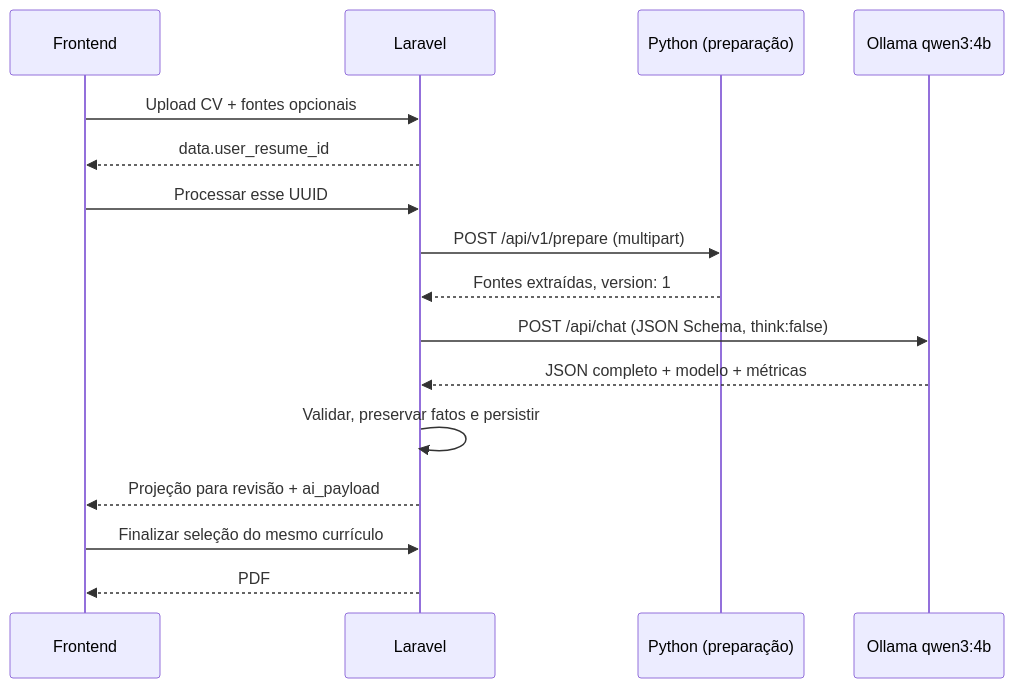
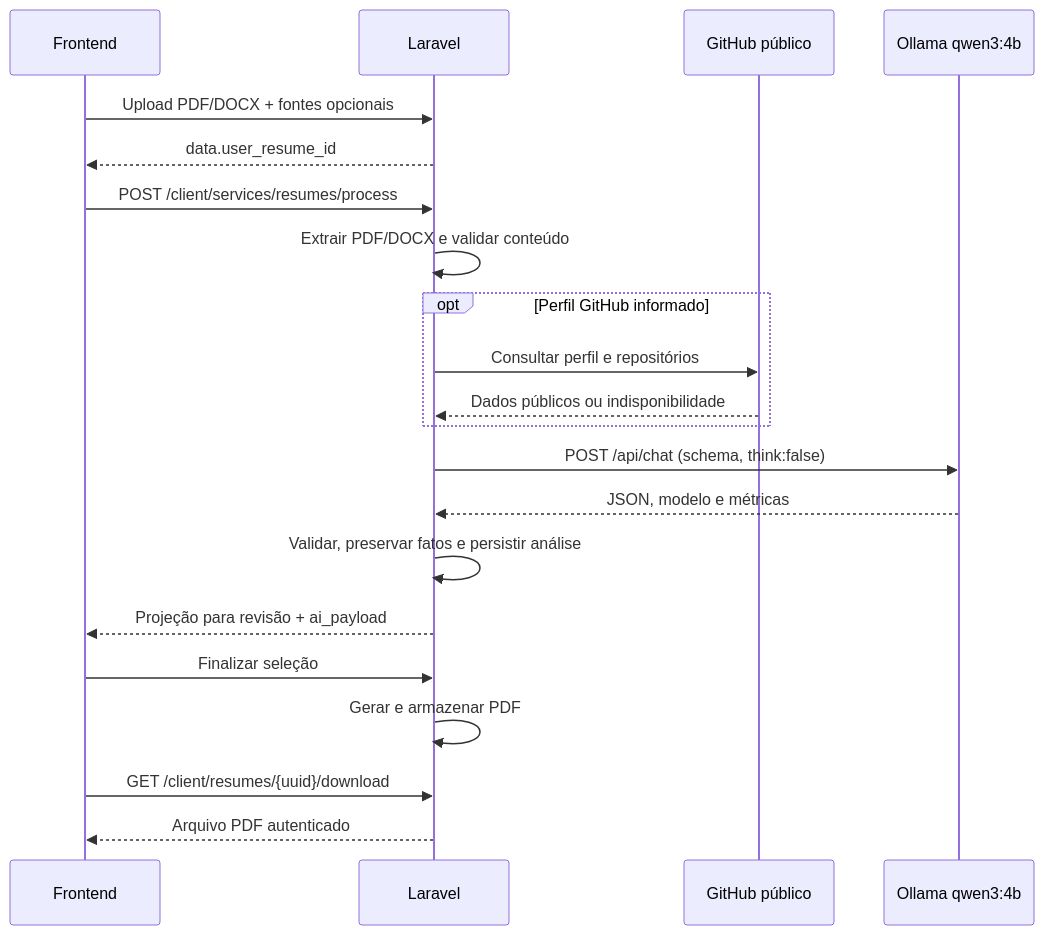
One commit to thurdass/Bom-Curriculo changed the diagram in docs/migracao-llm-laravel.md. Above: the diagram before and after it, drawn with Mermaid. The commit also changed other lines of this file and 2 other files, not shown here.

Commit message:
docs(resume): document native architecture and verified migration

````diff
--- a/docs/migracao-llm-laravel.md
+++ b/docs/migracao-llm-laravel.md
@@ -9,18 +9,23 @@
 ```mermaid
 sequenceDiagram
     participant UI as Frontend
     participant PHP as Laravel
-    participant PY as Python (preparação)
+    participant GH as GitHub público
     participant AI as Ollama qwen3:4b
-    UI->>PHP: Upload CV + fontes opcionais
+    UI->>PHP: Upload PDF/DOCX + fontes opcionais
     PHP-->>UI: data.user_resume_id
-    UI->>PHP: Processar esse UUID
-    PHP->>PY: POST /api/v1/prepare (multipart)
-    PY-->>PHP: Fontes extraídas, version: 1
-    PHP->>AI: POST /api/chat (JSON Schema, think:false)
-    AI-->>PHP: JSON completo + modelo + métricas
-    PHP->>PHP: Validar, preservar fatos e persistir
+    UI->>PHP: POST /client/services/resumes/process
+    PHP->>PHP: Extrair PDF/DOCX e validar conteúdo
+    opt Perfil GitHub informado
+        PHP->>GH: Consultar perfil e repositórios
+        GH-->>PHP: Dados públicos ou indisponibilidade
+    end
+    PHP->>AI: POST /api/chat (schema, think:false)
+    AI-->>PHP: JSON, modelo e métricas
+    PHP->>PHP: Validar, preservar fatos e persistir análise
     PHP-->>UI: Projeção para revisão + ai_payload
-    UI->>PHP: Finalizar seleção do mesmo currículo
-    PHP-->>UI: PDF
+    UI->>PHP: Finalizar seleção
+    PHP->>PHP: Gerar e armazenar PDF
+    UI->>PHP: GET /client/resumes/{uuid}/download
+    PHP-->>UI: Arquivo PDF autenticado
 ```
````
